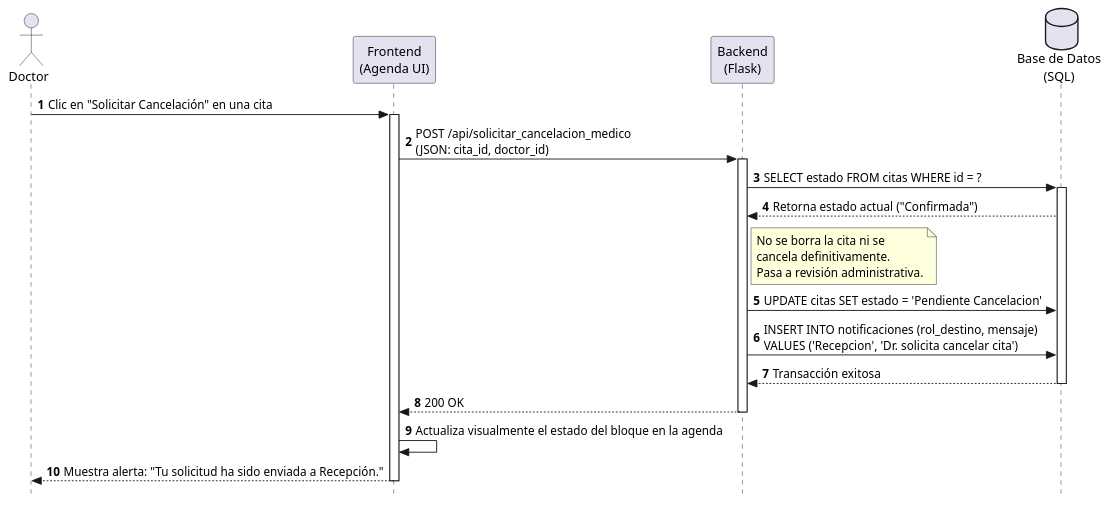
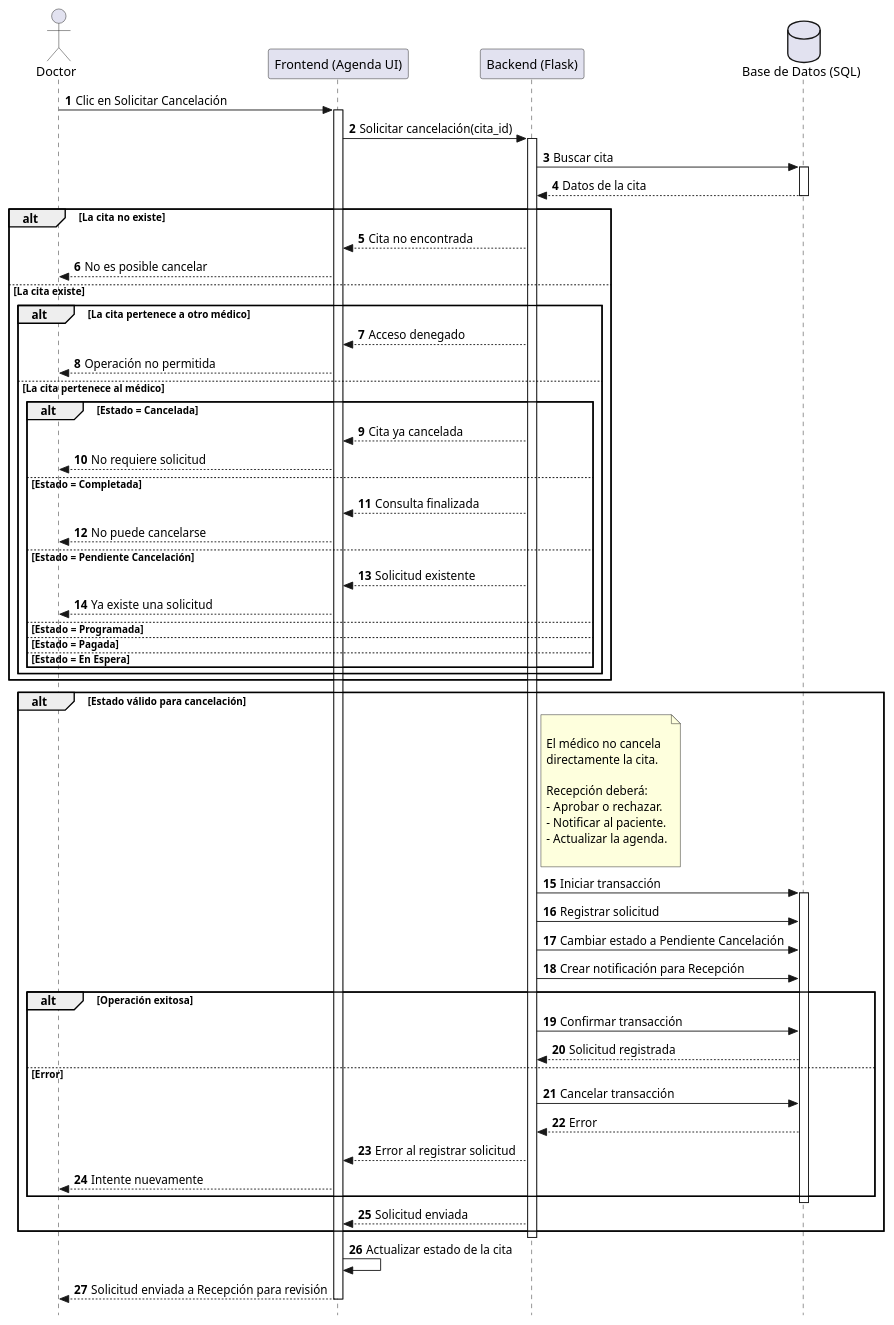
The diagram in DiagramasSecuencia/Doctor/cancelarCita.puml (AlgorithmQuantum/Proyecto), drawn with PlantUML before and after one commit. The commit also changed 11 other files, not shown here.

Commit message:
correciones del los diagramas

```diff
--- a/DiagramasSecuencia/Doctor/cancelarCita.puml
+++ b/DiagramasSecuencia/Doctor/cancelarCita.puml
@@ -1,40 +1,130 @@
 @startuml solicitud_cancelacion
+
 skinparam style strictuml
+
 autonumber
 
 actor Doctor
-participant "Frontend\n(Agenda UI)" as UI
-participant "Backend\n(Flask)" as Flask
-database "Base de Datos\n(SQL)" as BD
+participant "Frontend (Agenda UI)" as UI
+participant "Backend (Flask)" as Flask
+database "Base de Datos (SQL)" as BD
 
-Doctor -> UI: Clic en "Solicitar Cancelación" en una cita
+Doctor -> UI: Clic en Solicitar Cancelación
+
 activate UI
 
-UI -> Flask: POST /api/solicitar_cancelacion_medico\n(JSON: cita_id, doctor_id)
+UI -> Flask: Solicitar cancelación(cita_id)
+
 activate Flask
 
-' Validación de estado
-Flask -> BD: SELECT estado FROM citas WHERE id = ?
+Flask -> BD: Buscar cita
+
 activate BD
-BD --> Flask: Retorna estado actual ("Confirmada")
 
-' Actualización lógica
-note right of Flask
-  No se borra la cita ni se 
-  cancela definitivamente. 
-  Pasa a revisión administrativa.
-end note
+BD --> Flask: Datos de la cita
 
-Flask -> BD: UPDATE citas SET estado = 'Pendiente Cancelacion'
-Flask -> BD: INSERT INTO notificaciones (rol_destino, mensaje) \nVALUES ('Recepcion', 'Dr. solicita cancelar cita')
-BD --> Flask: Transacción exitosa
 deactivate BD
 
-Flask --> UI: 200 OK
+alt La cita no existe
+
+    Flask --> UI: Cita no encontrada
+
+    UI --> Doctor: No es posible cancelar
+
+else La cita existe
+
+    alt La cita pertenece a otro médico
+
+        Flask --> UI: Acceso denegado
+
+        UI --> Doctor: Operación no permitida
+
+    else La cita pertenece al médico
+
+        alt Estado = Cancelada
+
+            Flask --> UI: Cita ya cancelada
+
+            UI --> Doctor: No requiere solicitud
+
+        else Estado = Completada
+
+            Flask --> UI: Consulta finalizada
+
+            UI --> Doctor: No puede cancelarse
+
+        else Estado = Pendiente Cancelación
+
+            Flask --> UI: Solicitud existente
+
+            UI --> Doctor: Ya existe una solicitud
+
+        else Estado = Programada
+
+        else Estado = Pagada
+
+        else Estado = En Espera
+
+        end
+
+    end
+
+end
+
+alt Estado válido para cancelación
+
+    note right of Flask
+
+      El médico no cancela
+      directamente la cita.
+
+      Recepción deberá:
+      - Aprobar o rechazar.
+      - Notificar al paciente.
+      - Actualizar la agenda.
+
+    end note
+
+    Flask -> BD: Iniciar transacción
+
+    activate BD
+
+    Flask -> BD: Registrar solicitud
+
+    Flask -> BD: Cambiar estado a Pendiente Cancelación
+
+    Flask -> BD: Crear notificación para Recepción
+
+    alt Operación exitosa
+
+        Flask -> BD: Confirmar transacción
+
+        BD --> Flask: Solicitud registrada
+
+    else Error
+
+        Flask -> BD: Cancelar transacción
+
+        BD --> Flask: Error
+
+        Flask --> UI: Error al registrar solicitud
+
+        UI --> Doctor: Intente nuevamente
+
+    end
+
+    deactivate BD
+
+    Flask --> UI: Solicitud enviada
+
+end
+
 deactivate Flask
 
-UI -> UI: Actualiza visualmente el estado del bloque en la agenda
-UI --> Doctor: Muestra alerta: "Tu solicitud ha sido enviada a Recepción."
+UI -> UI: Actualizar estado de la cita
+
+UI --> Doctor: Solicitud enviada a Recepción para revisión
+
 deactivate UI
 
 @enduml
```
